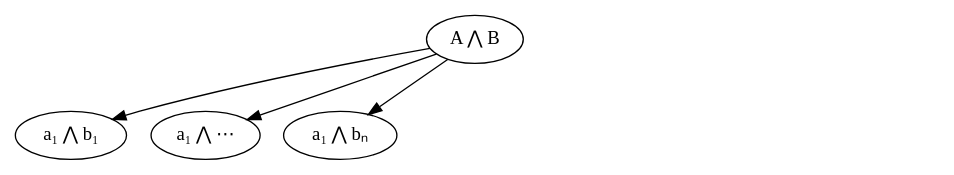
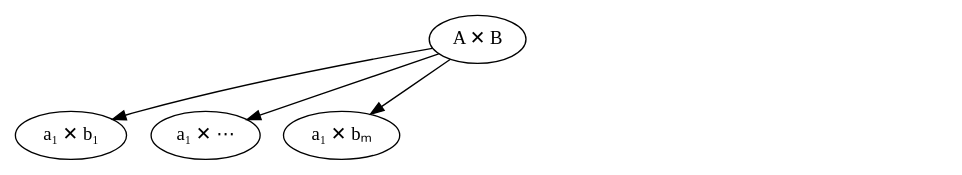
One commit to nrinaudo/far-more-adt changed the diagram in src/graphviz/and_a1.dot. Above: the diagram before and after it, drawn with Graphviz. The commit also changed 59 other files, not shown here.

```diff
--- a/src/graphviz/and_a1.dot
+++ b/src/graphviz/and_a1.dot
@@ -1,20 +1,20 @@
 digraph {
-    AndAB[label="A ⋀ B"]
+    AndAB[label="A ✕ B"]
 
-    AndA1B1[label="a₁ ⋀ b₁" class="value"]
-    AndA1BE[label="a₁ ⋀ ⋯" class="value"]
-    AndA1BN[label="a₁ ⋀ bₙ" class="value"]
+    AndA1B1[label="a₁ ✕ b₁" class="value"]
+    AndA1BE[label="a₁ ✕ ⋯" class="value"]
+    AndA1BN[label="a₁ ✕ bₘ" class="value"]
 
-    AndAEBE[label="⋯ ⋀ ⋯" class="value" style=invis]
+    AndAEBE[label="⋯ ✕ ⋯" class="value" style=invis]
 
-    AndANB1[label="aₙ ⋀ b₁" class="value" style=invis]
-    AndANBE[label="aₙ ⋀ ⋯" class="value" style=invis]
-    AndANBN[label="aₙ ⋀ bₙ" class="value" style=invis]
+    AndANB1[label="aₙ ✕ b₁" class="value" style=invis]
+    AndANBE[label="aₙ ✕ ⋯" class="value" style=invis]
+    AndANBN[label="aₙ ✕ bₘ" class="value" style=invis]
 
     AndAB -> AndA1B1, AndA1BE, AndA1BN
 
     AndAB -> AndAEBE[style=invis]
 
     AndAB -> AndANB1, AndANBE, AndANBN[style=invis]
 
 }
```
